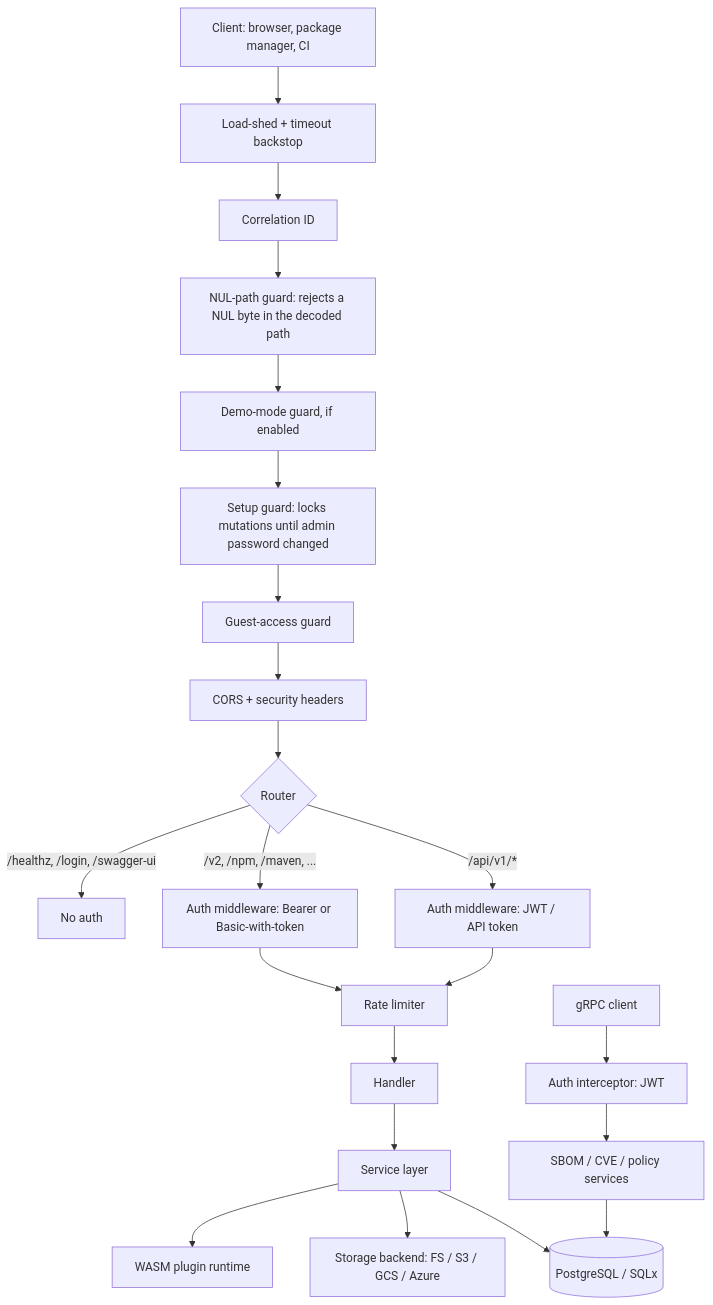
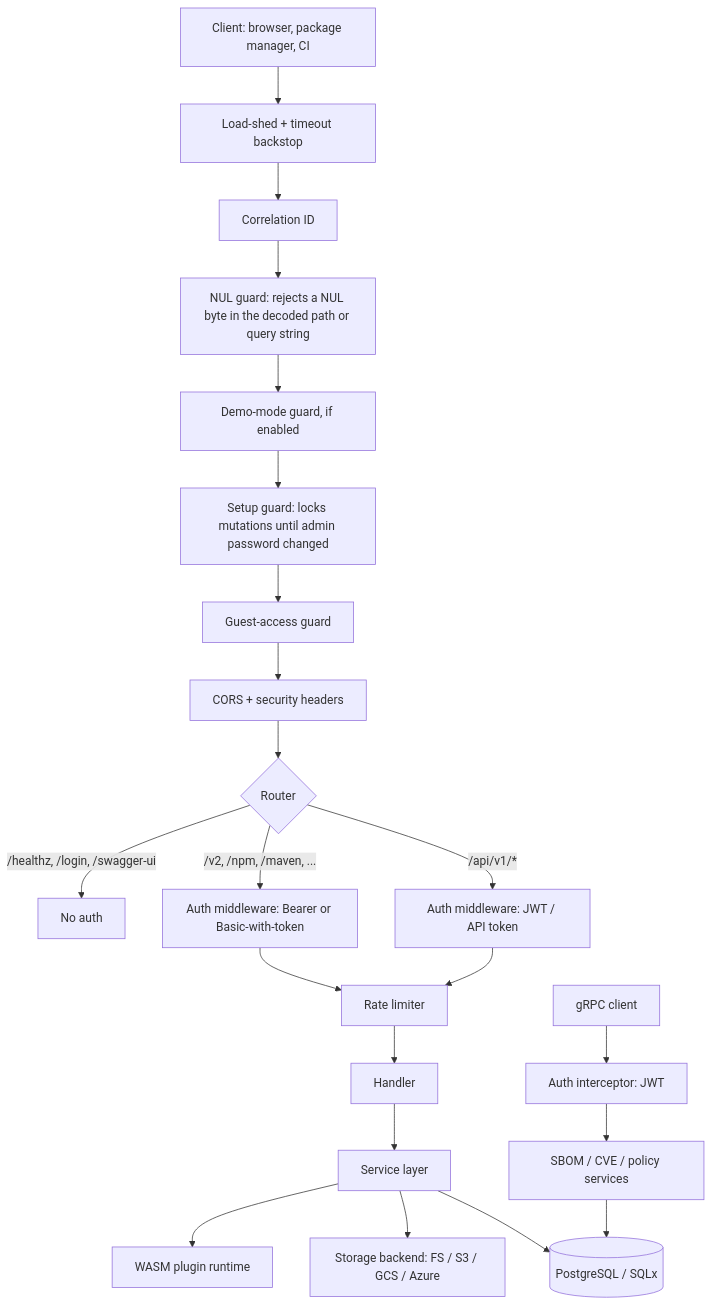
The diagram in ARCHITECTURE.md (artifact-keeper/artifact-keeper), drawn with Mermaid before and after one commit. The commit also changed other lines of this file and 6 other files, not shown here.

First line of the commit message:
fix(security): reject a NUL in the query string and in the login username before any handler runs (#3710)

````diff
--- a/ARCHITECTURE.md
+++ b/ARCHITECTURE.md
@@ -22,25 +22,25 @@
 ```mermaid
 flowchart TD
     client[Client: browser, package manager, CI] --> backstop[Load-shed + timeout backstop]
     backstop --> corr[Correlation ID]
-    corr --> nul[NUL-path guard: rejects a NUL byte in the decoded path]
+    corr --> nul[NUL guard: rejects a NUL byte in the decoded path or query string]
     nul --> demo[Demo-mode guard, if enabled]
     demo --> setup[Setup guard: locks mutations until admin password changed]
     setup --> guest[Guest-access guard]
     guest --> cors[CORS + security headers]
     cors --> route{Router}
 
     route -->|/api/v1/*| authv1[Auth middleware: JWT / API token]
     route -->|/v2, /npm, /maven, ...| authfmt[Auth middleware: Bearer or Basic-with-token]
     route -->|/healthz, /login, /swagger-ui| open[No auth]
 
     authv1 --> rl[Rate limiter]
     authfmt --> rl
     rl --> handler[Handler]
     handler --> service[Service layer]
     service --> db[(PostgreSQL / SQLx)]
     service --> store[Storage backend: FS / S3 / GCS / Azure]
     service --> wasm[WASM plugin runtime]
 
     grpcclient[gRPC client] --> grpcauth[Auth interceptor: JWT] --> grpcsvc[SBOM / CVE / policy services] --> db
 ```
````
